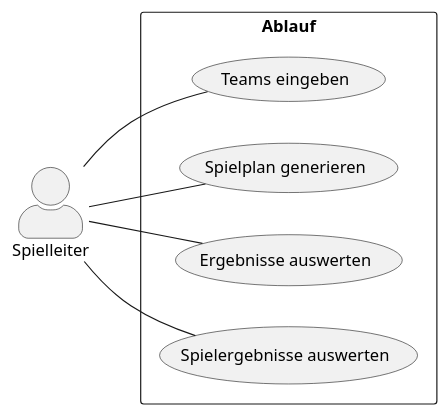
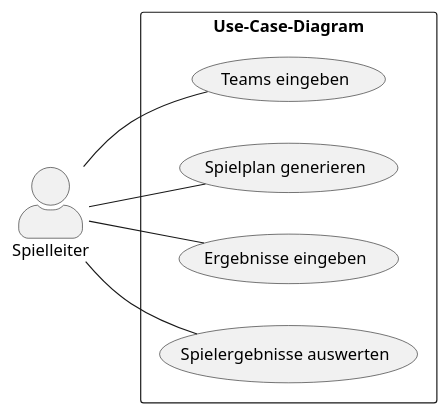
Before and after one commit to htl-leonding-project/2022-4ahif-autohaus: the diagram in asciidocs/plantuml/use_case.puml, drawn with PlantUML. The commit also changed 6 other files, not shown here.

Commit message:
gh-pages-usecase-diagram

```diff
--- a/asciidocs/plantuml/use_case.puml
+++ b/asciidocs/plantuml/use_case.puml
@@ -1,18 +1,18 @@
 @startuml
 left to right direction
 skinparam actorStyle awesome
 actor Spielleiter as s
 
-rectangle Ablauf as ablauf {
+rectangle Use-Case-Diagram as ablauf {
   usecase "Teams eingeben" as teameingabe
   usecase "Spielplan generieren" as spielplangenerierung
-  usecase "Ergebnisse auswerten" as ergebnisseeintragen
+  usecase "Ergebnisse eingeben" as ergebnisseeintragen
   usecase "Spielergebnisse auswerten" as ergebnisseauswerten
 }
 
 s -- teameingabe
 s -- spielplangenerierung
 s -- ergebnisseeintragen
 s -- ergebnisseauswerten
 
 @enduml
```
